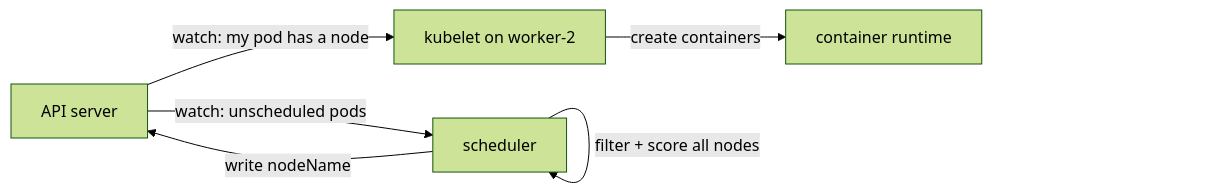
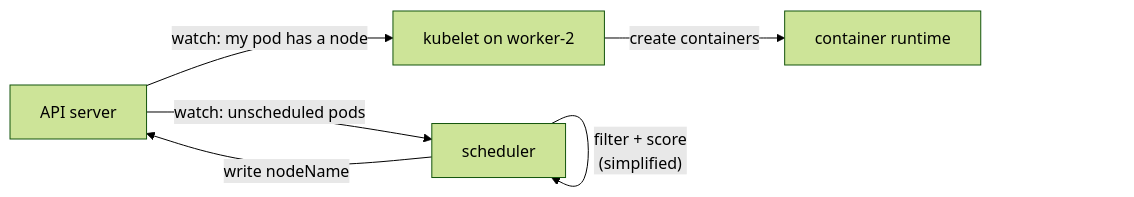
One commit to ksauraj/ksau-blogs changed the first of 2 diagrams in _posts/2026-09-29-kubernetes-scheduler-how-pods-pick-nodes.md. Above: the diagram before and after it, drawn with Mermaid (forest theme). The commit also changed other lines of this file and 2 other files, not shown here.

````diff
--- a/_posts/2026-09-29-kubernetes-scheduler-how-pods-pick-nodes.md
+++ b/_posts/2026-09-29-kubernetes-scheduler-how-pods-pick-nodes.md
@@ -57,8 +59,8 @@
 ```mermaid
 graph LR
     API["API server"] -->|"watch: unscheduled pods"| SCH["scheduler"]
-    SCH -->|"filter + score all nodes"| SCH
+    SCH -->|"filter + score<br/>(simplified)"| SCH
     SCH -->|"write nodeName"| API
     API -->|"watch: my pod has a node"| KUBE["kubelet on worker-2"]
     KUBE -->|"create containers"| CRI["container runtime"]
 ```
````
